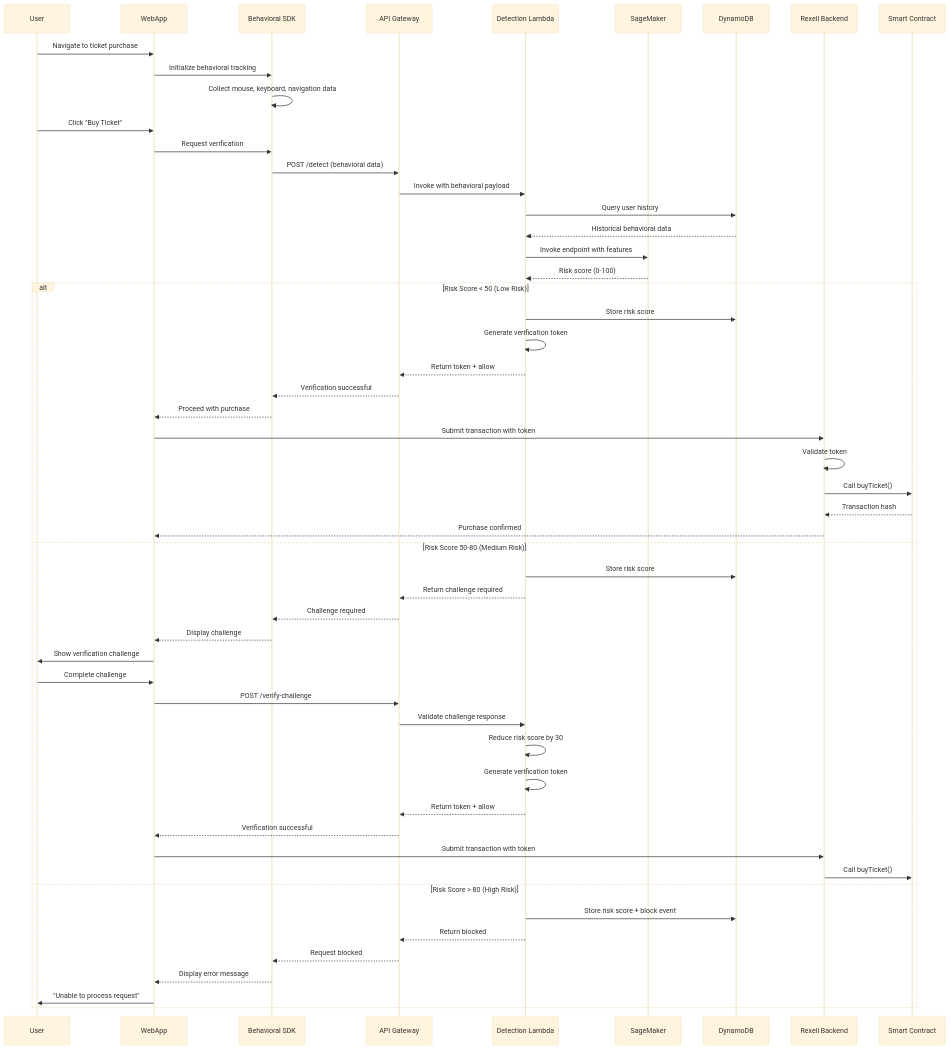
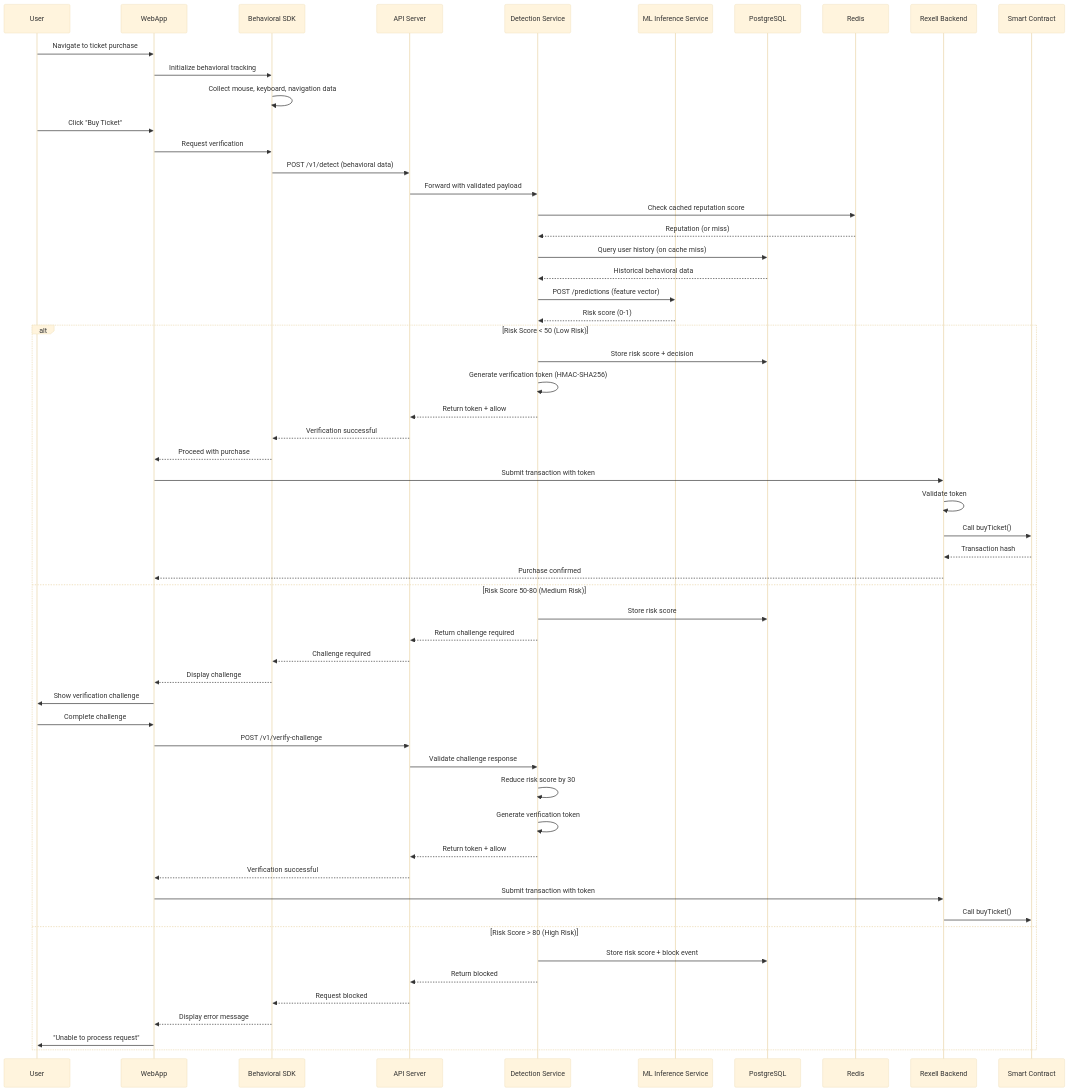
The second of 2 diagrams in .kiro/specs/rexell-ai-bot-detection-integration/design.md (Sayyed23/Rexell), drawn with Mermaid (base theme) before and after one commit. The commit also changed other lines of this file and 5 other files, not shown here.

Commit message:
feat: implement deployment script and architecture specifications for Rexell AI bot detection integration

````diff
--- a/.kiro/specs/rexell-ai-bot-detection-integration/design.md
+++ b/.kiro/specs/rexell-ai-bot-detection-integration/design.md
@@ -150,61 +142,64 @@
 ```mermaid
 sequenceDiagram
     participant User
     participant WebApp
     participant SDK as Behavioral SDK
-    participant API as API Gateway
-    participant Lambda as Detection Lambda
-    participant ML as SageMaker
-    participant DB as DynamoDB
+    participant API as API Server
+    participant Svc as Detection Service
+    participant ML as ML Inference Service
+    participant DB as PostgreSQL
+    participant Cache as Redis
     participant Backend as Rexell Backend
     participant Contract as Smart Contract
-    
+
     User->>WebApp: Navigate to ticket purchase
     WebApp->>SDK: Initialize behavioral tracking
     SDK->>SDK: Collect mouse, keyboard, navigation data
-    
+
     User->>WebApp: Click "Buy Ticket"
     WebApp->>SDK: Request verification
-    SDK->>API: POST /detect (behavioral data)
-    API->>Lambda: Invoke with behavioral payload
-    
-    Lambda->>DB: Query user history
-    DB-->>Lambda: Historical behavioral data
-    
-    Lambda->>ML: Invoke endpoint with features
-    ML-->>Lambda: Risk score (0-100)
-    
+    SDK->>API: POST /v1/detect (behavioral data)
+    API->>Svc: Forward with validated payload
+
+    Svc->>Cache: Check cached reputation score
+    Cache-->>Svc: Reputation (or miss)
+    Svc->>DB: Query user history (on cache miss)
+    DB-->>Svc: Historical behavioral data
+
+    Svc->>ML: POST /predictions (feature vector)
+    ML-->>Svc: Risk score (0-1)
+
     alt Risk Score < 50 (Low Risk)
-        Lambda->>DB: Store risk score
-        Lambda->>Lambda: Generate verification token
-        Lambda-->>API: Return token + allow
+        Svc->>DB: Store risk score + decision
+        Svc->>Svc: Generate verification token (HMAC-SHA256)
+        Svc-->>API: Return token + allow
         API-->>SDK: Verification successful
         SDK-->>WebApp: Proceed with purchase
         WebApp->>Backend: Submit transaction with token
         Backend->>Backend: Validate token
         Backend->>Contract: Call buyTicket()
         Contract-->>Backend: Transaction hash
         Backend-->>WebApp: Purchase confirmed
     else Risk Score 50-80 (Medium Risk)
-        Lambda->>DB: Store risk score
-        Lambda-->>API: Return challenge required
+        Svc->>DB: Store risk score
+        Svc-->>API: Return challenge required
         API-->>SDK: Challenge required
         SDK-->>WebApp: Display challenge
         WebApp->>User: Show verification challenge
         User->>WebApp: Complete challenge
-        WebApp->>API: POST /verify-challenge
-        API->>Lambda: Validate challenge response
-        Lambda->>Lambda: Reduce risk score by 30
-        Lambda->>Lambda: Generate verification token
-        Lambda-->>API: Return token + allow
+        WebApp->>API: POST /v1/verify-challenge
+        API->>Svc: Validate challenge response
+        Svc->>Svc: Reduce risk score by 30
+        Svc->>Svc: Generate verification token
+        Svc-->>API: Return token + allow
         API-->>WebApp: Verification successful
         WebApp->>Backend: Submit transaction with token
         Backend->>Contract: Call buyTicket()
     else Risk Score > 80 (High Risk)
-        Lambda->>DB: Store risk score + block event
-        Lambda-->>API: Return blocked
+        Svc->>DB: Store risk score + block event
+        Svc-->>API: Return blocked
         API-->>SDK: Request blocked
         SDK-->>WebApp: Display error message
         WebApp->>User: "Unable to process request"
     end
 ```
````
